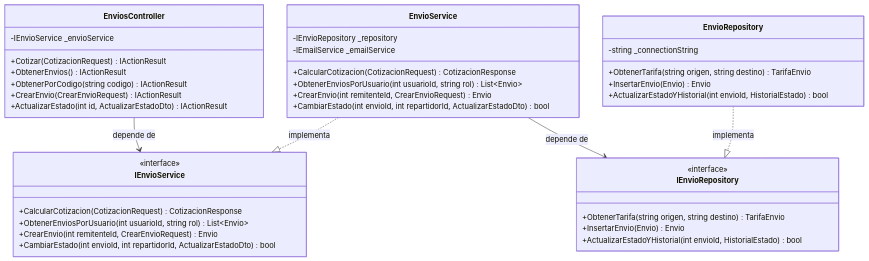
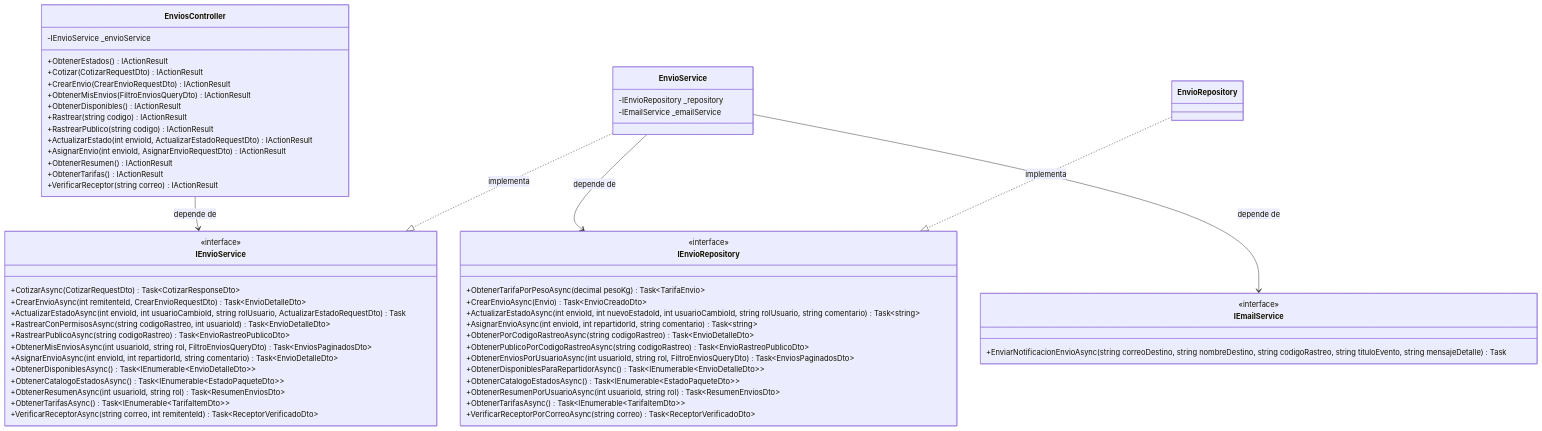
The diagram in docs/modelo-c4/code-diagram.md (Eva-Contreras/LupitaRoute), drawn with Mermaid before and after one commit. The commit also changed 4 other files, not shown here.

Commit message:
feat(docs): cambios en los diagramas

````diff
--- a/docs/modelo-c4/code-diagram.md
+++ b/docs/modelo-c4/code-diagram.md
@@ -3,47 +3,68 @@
 ```mermaid
 classDiagram
     class EnviosController {
         -IEnvioService _envioService
-        +Cotizar(CotizacionRequest) IActionResult
-        +ObtenerEnvios() IActionResult
-        +ObtenerPorCodigo(string codigo) IActionResult
-        +CrearEnvio(CrearEnvioRequest) IActionResult
-        +ActualizarEstado(int id, ActualizarEstadoDto) IActionResult
+        +ObtenerEstados() IActionResult
+        +Cotizar(CotizarRequestDto) IActionResult
+        +CrearEnvio(CrearEnvioRequestDto) IActionResult
+        +ObtenerMisEnvios(FiltroEnviosQueryDto) IActionResult
+        +ObtenerDisponibles() IActionResult
+        +Rastrear(string codigo) IActionResult
+        +RastrearPublico(string codigo) IActionResult
+        +ActualizarEstado(int envioId, ActualizarEstadoRequestDto) IActionResult
+        +AsignarEnvio(int envioId, AsignarEnvioRequestDto) IActionResult
+        +ObtenerResumen() IActionResult
+        +ObtenerTarifas() IActionResult
+        +VerificarReceptor(string correo) IActionResult
     }
 
     class IEnvioService {
         <<interface>>
-        +CalcularCotizacion(CotizacionRequest) CotizacionResponse
-        +ObtenerEnviosPorUsuario(int usuarioId, string rol) List~Envio~
-        +CrearEnvio(int remitenteId, CrearEnvioRequest) Envio
-        +CambiarEstado(int envioId, int repartidorId, ActualizarEstadoDto) bool
+        +CotizarAsync(CotizarRequestDto) Task~CotizarResponseDto~
+        +CrearEnvioAsync(int remitenteId, CrearEnvioRequestDto) Task~EnvioDetalleDto~
+        +ActualizarEstadoAsync(int envioId, int usuarioCambioId, string rolUsuario, ActualizarEstadoRequestDto) Task
+        +RastrearConPermisosAsync(string codigoRastreo, int usuarioId) Task~EnvioDetalleDto~
+        +RastrearPublicoAsync(string codigoRastreo) Task~EnvioRastreoPublicoDto~
+        +ObtenerMisEnviosAsync(int usuarioId, string rol, FiltroEnviosQueryDto) Task~EnviosPaginadosDto~
+        +AsignarEnvioAsync(int envioId, int repartidorId, string comentario) Task~EnvioDetalleDto~
+        +ObtenerDisponiblesAsync() Task~IEnumerable~EnvioDetalleDto~~
+        +ObtenerCatalogoEstadosAsync() Task~IEnumerable~EstadoPaqueteDto~~
+        +ObtenerResumenAsync(int usuarioId, string rol) Task~ResumenEnviosDto~
+        +ObtenerTarifasAsync() Task~IEnumerable~TarifaItemDto~~
+        +VerificarReceptorAsync(string correo, int remitenteId) Task~ReceptorVerificadoDto~
     }
 
     class EnvioService {
         -IEnvioRepository _repository
         -IEmailService _emailService
-        +CalcularCotizacion(CotizacionRequest) CotizacionResponse
-        +ObtenerEnviosPorUsuario(int usuarioId, string rol) List~Envio~
-        +CrearEnvio(int remitenteId, CrearEnvioRequest) Envio
-        +CambiarEstado(int envioId, int repartidorId, ActualizarEstadoDto) bool
     }
 
     class IEnvioRepository {
         <<interface>>
-        +ObtenerTarifa(string origen, string destino) TarifaEnvio
-        +InsertarEnvio(Envio) Envio
-        +ActualizarEstadoYHistorial(int envioId, HistorialEstado) bool
+        +ObtenerTarifaPorPesoAsync(decimal pesoKg) Task~TarifaEnvio~
+        +CrearEnvioAsync(Envio) Task~EnvioCreadoDto~
+        +ActualizarEstadoAsync(int envioId, int nuevoEstadoId, int usuarioCambioId, string rolUsuario, string comentario) Task~string~
+        +AsignarEnvioAsync(int envioId, int repartidorId, string comentario) Task~string~
+        +ObtenerPorCodigoRastreoAsync(string codigoRastreo) Task~EnvioDetalleDto~
+        +ObtenerPublicoPorCodigoRastreoAsync(string codigoRastreo) Task~EnvioRastreoPublicoDto~
+        +ObtenerEnviosPorUsuarioAsync(int usuarioId, string rol, FiltroEnviosQueryDto) Task~EnviosPaginadosDto~
+        +ObtenerDisponiblesParaRepartidorAsync() Task~IEnumerable~EnvioDetalleDto~~
+        +ObtenerCatalogoEstadosAsync() Task~IEnumerable~EstadoPaqueteDto~~
+        +ObtenerResumenPorUsuarioAsync(int usuarioId, string rol) Task~ResumenEnviosDto~
+        +ObtenerTarifasAsync() Task~IEnumerable~TarifaItemDto~~
+        +VerificarReceptorPorCorreoAsync(string correo) Task~ReceptorVerificadoDto~
     }
 
-    class EnvioRepository {
-        -string _connectionString
-        +ObtenerTarifa(string origen, string destino) TarifaEnvio
-        +InsertarEnvio(Envio) Envio
-        +ActualizarEstadoYHistorial(int envioId, HistorialEstado) bool
+    class EnvioRepository
+
+    class IEmailService {
+        <<interface>>
+        +EnviarNotificacionEnvioAsync(string correoDestino, string nombreDestino, string codigoRastreo, string tituloEvento, string mensajeDetalle) Task
     }
 
     EnviosController --> IEnvioService : depende de
     EnvioService ..|> IEnvioService : implementa
     EnvioService --> IEnvioRepository : depende de
+    EnvioService --> IEmailService : depende de
     EnvioRepository ..|> IEnvioRepository : implementa
 ```
````
